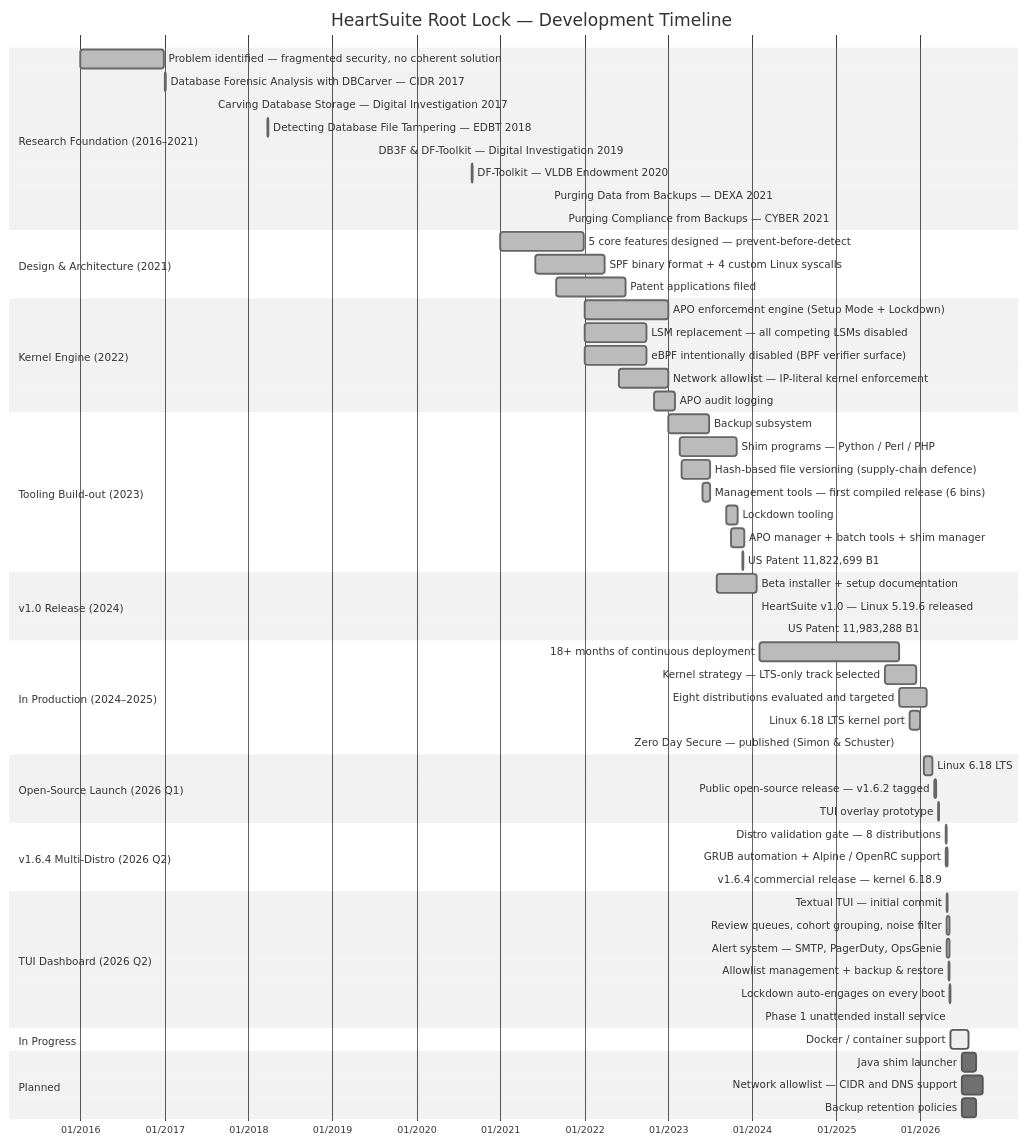
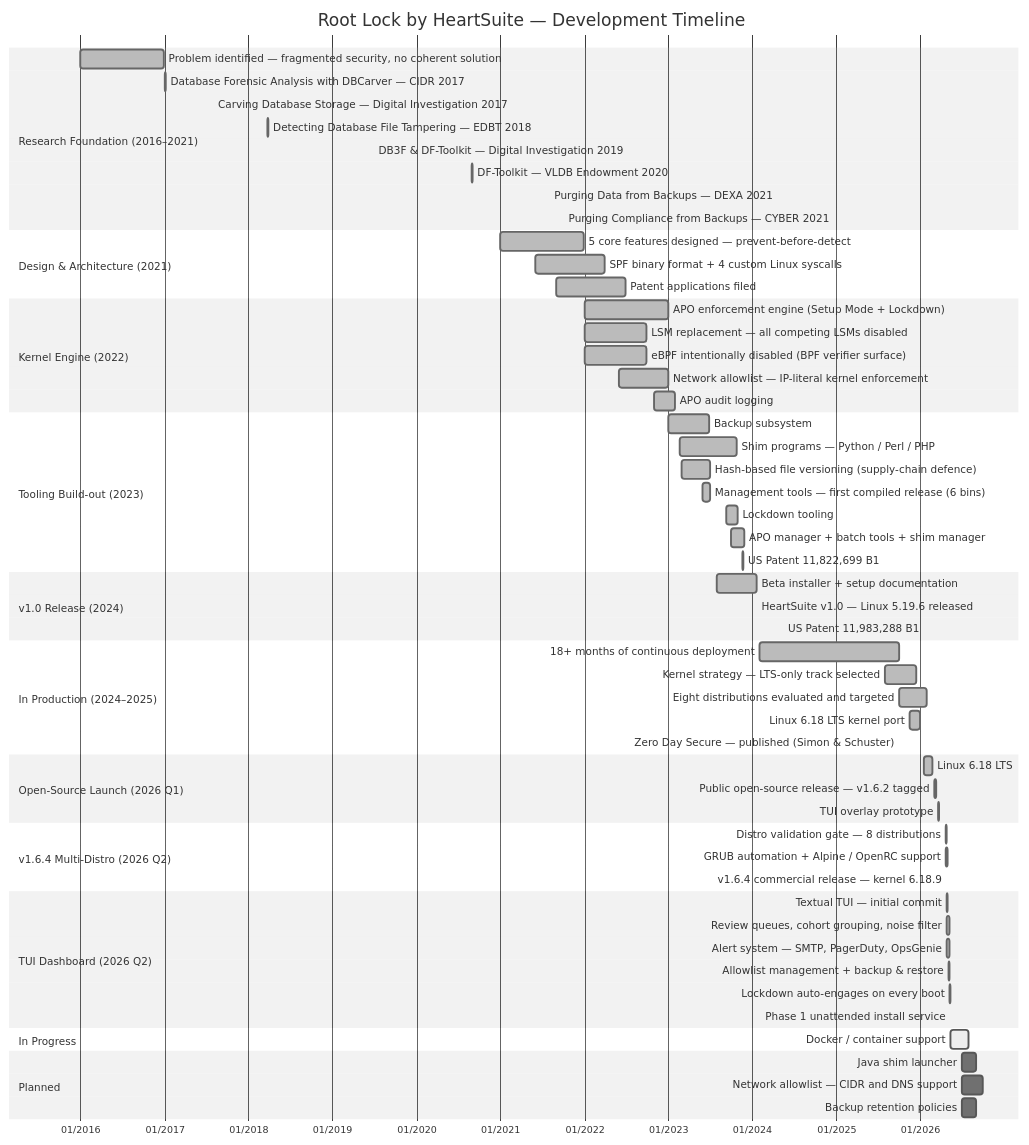
The diagram in content/en/docs/roadmap/_index.md (HeartSecuritySuite/heartsuite-docs), drawn with Mermaid (neutral theme) before and after one commit. The commit also changed other lines of this file and 62 other files, not shown here.

First line of the commit message:
Update product branding to "Root Lock by HeartSuite"

````diff
--- a/content/en/docs/roadmap/_index.md
+++ b/content/en/docs/roadmap/_index.md
@@ -24,75 +24,75 @@
 ```mermaid
 gantt
-    title HeartSuite Root Lock — Development Timeline
+    title Root Lock by HeartSuite — Development Timeline
     dateFormat YYYY-MM-DD
     axisFormat %m/%Y
 
     section Research Foundation (2016–2021)
     Problem identified — fragmented security, no coherent solution :done, 2016-01-01, 2016-12-31
     Database Forensic Analysis with DBCarver — CIDR 2017         :done, 2017-01-04, 2017-01-05
     Carving Database Storage — Digital Investigation 2017        :done, 2017-08-01, 2017-08-02
     Detecting Database File Tampering — EDBT 2018                :done, 2018-03-26, 2018-03-27
     DB3F & DF-Toolkit — Digital Investigation 2019               :done, 2019-07-01, 2019-07-02
     DF-Toolkit — VLDB Endowment 2020                             :done, 2020-08-31, 2020-09-01
     Purging Data from Backups — DEXA 2021                        :done, 2021-08-01, 2021-08-02
     Purging Compliance from Backups — CYBER 2021                 :done, 2021-10-03, 2021-10-04
 
     section Design & Architecture (2021)
     5 core features designed — prevent-before-detect  :done, 2021-01-01, 2021-12-31
     SPF binary format + 4 custom Linux syscalls        :done, 2021-06-01, 2022-03-31
     Patent applications filed                          :done, 2021-09-01, 2022-06-30
 
     section Kernel Engine (2022)
     APO enforcement engine (Setup Mode + Lockdown)     :done, 2022-01-01, 2022-12-31
     LSM replacement — all competing LSMs disabled      :done, 2022-01-01, 2022-09-30
     eBPF intentionally disabled (BPF verifier surface) :done, 2022-01-01, 2022-09-30
     Network allowlist — IP-literal kernel enforcement  :done, 2022-06-01, 2022-12-31
     APO audit logging                                  :done, 2022-11-01, 2023-01-31
 
     section Tooling Build-out (2023)
     Backup subsystem                                  :done, 2023-01-01, 2023-06-30
     Shim programs — Python / Perl / PHP               :done, 2023-02-20, 2023-10-25
     Hash-based file versioning (supply-chain defence) :done, 2023-03-01, 2023-07-01
     Management tools — first compiled release (6 bins) :done, 2023-06-01, 2023-07-01
     Lockdown tooling                                  :done, 2023-09-11, 2023-10-31
     APO manager + batch tools + shim manager          :done, 2023-10-01, 2023-11-30
     US Patent 11,822,699 B1                           :done, 2023-11-21, 2023-11-22
 
     section v1.0 Release (2024)
     Beta installer + setup documentation              :done, 2023-07-31, 2024-01-20
     HeartSuite v1.0 — Linux 5.19.6 released           :done, 2024-01-20, 2024-01-21
     US Patent 11,983,288 B1                           :done, 2024-05-14, 2024-05-15
 
     section In Production (2024–2025)
     18+ months of continuous deployment        :done, 2024-02-01, 2025-09-30
     Kernel strategy — LTS-only track selected         :done, 2025-08-01, 2025-12-15
     Eight distributions evaluated and targeted        :done, 2025-10-01, 2026-01-31
     Linux 6.18 LTS kernel port                        :done, 2025-11-15, 2025-12-31
     Zero Day Secure — published (Simon & Schuster)    :done, 2025-10-01, 2025-10-02
 
     section Open-Source Launch (2026 Q1)
     Linux 6.18 LTS          :done, 2026-01-15, 2026-02-24
     Public open-source release — v1.6.2 tagged        :done, 2026-03-05, 2026-03-12
     TUI overlay prototype                             :done, 2026-03-18, 2026-03-26
 
     section v1.6.4 Multi-Distro (2026 Q2)
     Distro validation gate — 8 distributions          :done, 2026-04-22, 2026-04-26
     GRUB automation + Alpine / OpenRC support         :done, 2026-04-23, 2026-04-29
     v1.6.4 commercial release — kernel 6.18.9         :done, 2026-04-26, 2026-04-27
 
     section TUI Dashboard (2026 Q2)
     Textual TUI — initial commit                      :done, 2026-04-28, 2026-04-29
     Review queues, cohort grouping, noise filter      :done, 2026-04-28, 2026-05-07
     Alert system — SMTP, PagerDuty, OpsGenie          :done, 2026-04-28, 2026-05-07
     Allowlist management + backup & restore           :done, 2026-05-04, 2026-05-10
     Lockdown auto-engages on every boot               :done, 2026-05-07, 2026-05-12
     Phase 1 unattended install service                :done, 2026-05-12, 2026-05-14
 
     section In Progress
     Docker / container support                        :active, 2026-05-14, 2026-07-31
 
     section Planned
     Java shim launcher                               :2026-07-01, 2026-08-31
     Network allowlist — CIDR and DNS support         :2026-07-01, 2026-09-30
     Backup retention policies                        :2026-07-01, 2026-08-31
 ```
````
